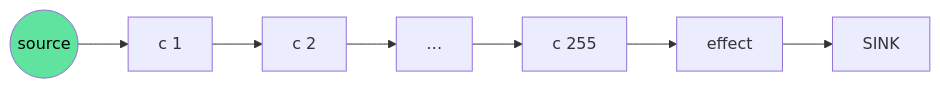
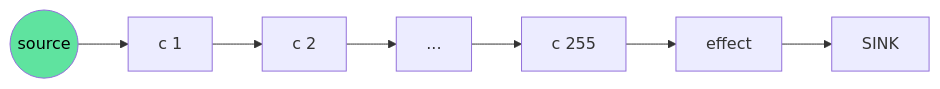
The sixth of 6 diagrams in bench/torture/README.md (PeshoVurtoleta/lite-signal), drawn with Mermaid before and after one commit. The commit also changed other lines of this file and 11 other files, not shown here.

````diff
--- a/bench/torture/README.md
+++ b/bench/torture/README.md
@@ -219,7 +219,7 @@
 ```mermaid
 graph LR
-    SRC((source)) --> C1[c 1] --> C2[c 2] --> CDOT[…] --> C255[c 255] --> EFF[effect]
+    SRC((source)) --> C1[c 1] --> C2[c 2] --> CDOT[...] --> C255[c 255] --> EFF[effect]
     EFF --> SINK0["SINK"]
 
     style SRC fill:#5fe39f,color:#000
 ```
````
